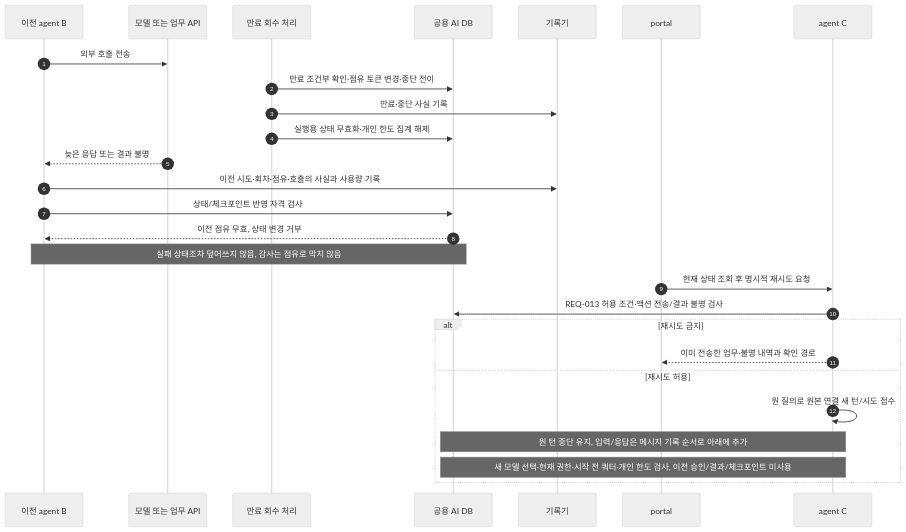
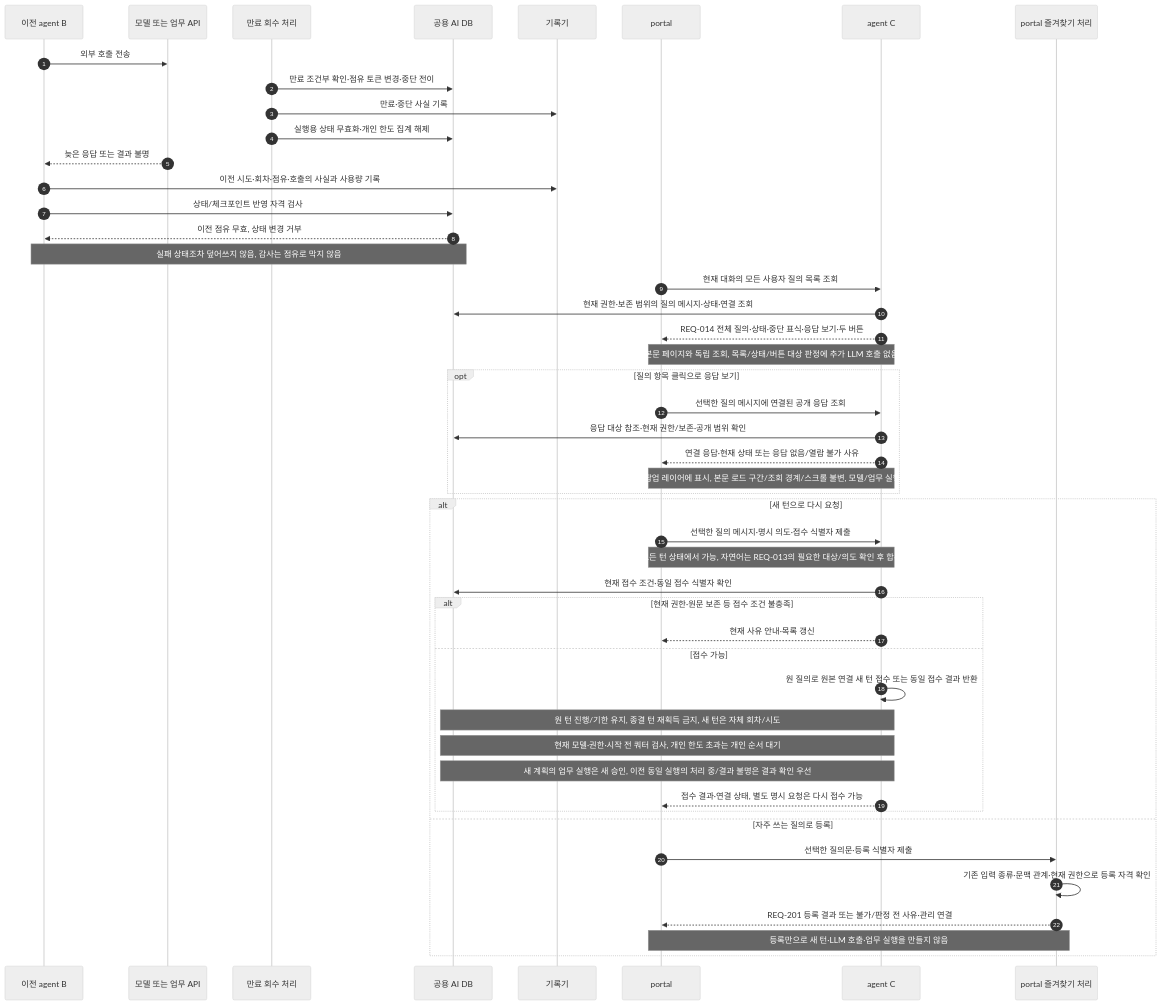
The third of 3 diagrams in documents/design/agent-lifecycle-sequences.md (choijoobok/ai-agent), drawn with Mermaid (neutral theme) before and after one commit. The commit also changed other lines of this file and 29 other files, not shown here.

````diff
--- a/documents/design/agent-lifecycle-sequences.md
+++ b/documents/design/agent-lifecycle-sequences.md
@@ -262,29 +262,50 @@
 ```mermaid
 sequenceDiagram
     autonumber
     participant B as 이전 agent B
     participant L as 모델 또는 업무 API
     participant S as 만료 회수 처리
     participant D as 공용 AI DB
     participant H as 기록기
     participant P as portal
     participant C as agent C
+    participant F as portal 즐겨찾기 처리
     B->>L: 외부 호출 전송
     S->>D: 만료 조건부 확인·점유 토큰 변경·중단 전이
     S->>H: 만료·중단 사실 기록
     S->>D: 실행용 상태 무효화·개인 한도 집계 해제
     L-->>B: 늦은 응답 또는 결과 불명
     B->>H: 이전 시도·회차·점유·호출의 사실과 사용량 기록
     B->>D: 상태/체크포인트 반영 자격 검사
     D-->>B: 이전 점유 무효, 상태 변경 거부
     Note over B,D: 실패 상태조차 덮어쓰지 않음, 감사는 점유로 막지 않음
-    P->>C: 현재 상태 조회 후 명시적 재시도 요청
-    C->>D: REQ-013 허용 조건·액션 전송/결과 불명 검사
-    alt 재시도 금지
-        C-->>P: 이미 전송한 업무·불명 내역과 확인 경로
-    else 재시도 허용
-        C->>C: 원 질의로 원본 연결 새 턴/시도 접수
-        Note over C,D: 원 턴 중단 유지, 입력/응답은 메시지 기록 순서로 아래에 추가
-        Note over C,D: 새 모델 선택·현재 권한·시작 전 쿼터·개인 한도 검사, 이전 승인/결과/체크포인트 미사용
+    P->>C: 현재 대화의 모든 사용자 질의 목록 조회
+    C->>D: 현재 권한·보존 범위의 질의 메시지·상태·연결 조회
+    C-->>P: REQ-014 전체 질의·상태·중단 표식·응답 보기·두 버튼
+    Note over P,C: 본문 페이지와 독립 조회, 목록/상태/버튼 대상 판정에 추가 LLM 호출 없음
+    opt 질의 항목 클릭으로 응답 보기
+        P->>C: 선택한 질의 메시지에 연결된 공개 응답 조회
+        C->>D: 응답 대상 참조·현재 권한/보존·공개 범위 확인
+        C-->>P: 연결 응답·현재 상태 또는 응답 없음/열람 불가 사유
+        Note over P,C: 모달/팝업 레이어에 표시, 본문 로드 구간/조회 경계/스크롤 불변, 모델/업무 실행 없음
+    end
+    alt 새 턴으로 다시 요청
+        P->>C: 선택한 질의 메시지·명시 의도·접수 식별자 제출
+        Note over P,C: 모든 턴 상태에서 가능, 자연어는 REQ-013의 필요한 대상/의도 확인 후 합류
+        C->>D: 현재 접수 조건·동일 접수 식별자 확인
+        alt 현재 권한·원문 보존 등 접수 조건 불충족
+            C-->>P: 현재 사유 안내·목록 갱신
+        else 접수 가능
+            C->>C: 원 질의로 원본 연결 새 턴 접수 또는 동일 접수 결과 반환
+            Note over C,D: 원 턴 진행/기한 유지, 종결 턴 재획득 금지, 새 턴은 자체 회차/시도
+            Note over C,D: 현재 모델·권한·시작 전 쿼터 검사, 개인 한도 초과는 개인 순서 대기
+            Note over C,D: 새 계획의 업무 실행은 새 승인, 이전 동일 실행의 처리 중/결과 불명은 결과 확인 우선
+            C-->>P: 접수 결과·연결 상태, 별도 명시 요청은 다시 접수 가능
+        end
+    else 자주 쓰는 질의로 등록
+        P->>F: 선택한 질의문·등록 식별자 제출
+        F->>F: 기존 입력 종류·문맥 관계·현재 권한으로 등록 자격 확인
+        F-->>P: REQ-201 등록 결과 또는 불가/판정 전 사유·관리 연결
+        Note over P,F: 등록만으로 새 턴·LLM 호출·업무 실행을 만들지 않음
     end
 ```
````
